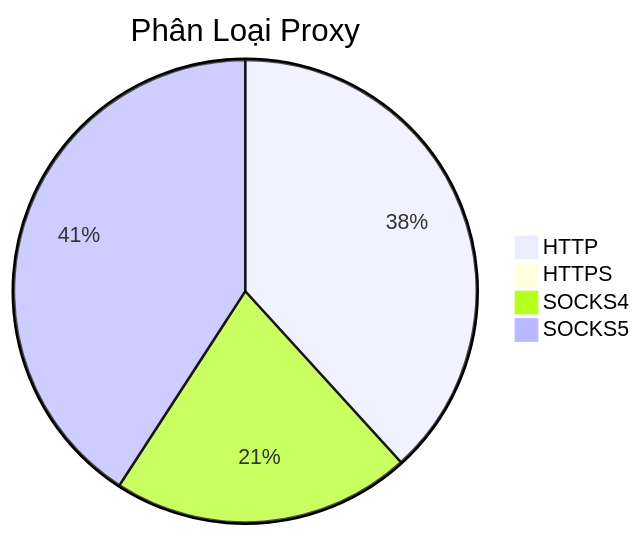
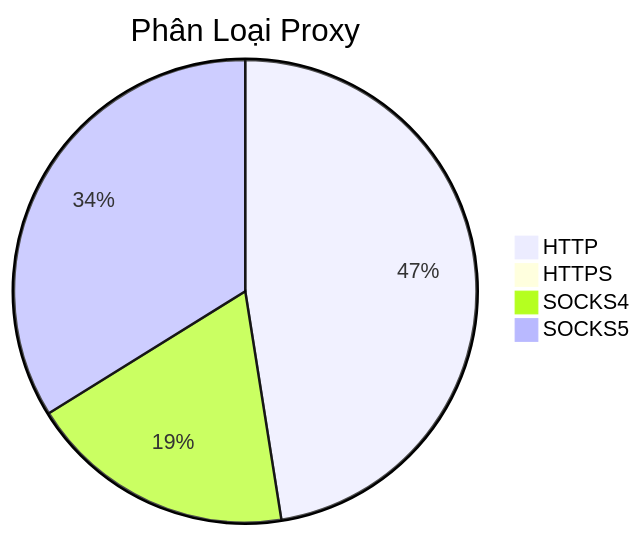
Before and after one commit to Ciara-12/PROXY-free: the diagram in README.md, drawn with Mermaid. The commit also changed other lines of this file and 4 other files, not shown here.

````diff
--- a/README.md
+++ b/README.md
@@ -26,7 +26,7 @@
 ```mermaid
 pie title Phân Loại Proxy
-    "HTTP" : 706
-    "HTTPS" : 1
-    "SOCKS4" : 386
-    "SOCKS5" : 754
+    "HTTP" : 894
+    "HTTPS" : 2
+    "SOCKS4" : 351
+    "SOCKS5" : 637
 ```
````
